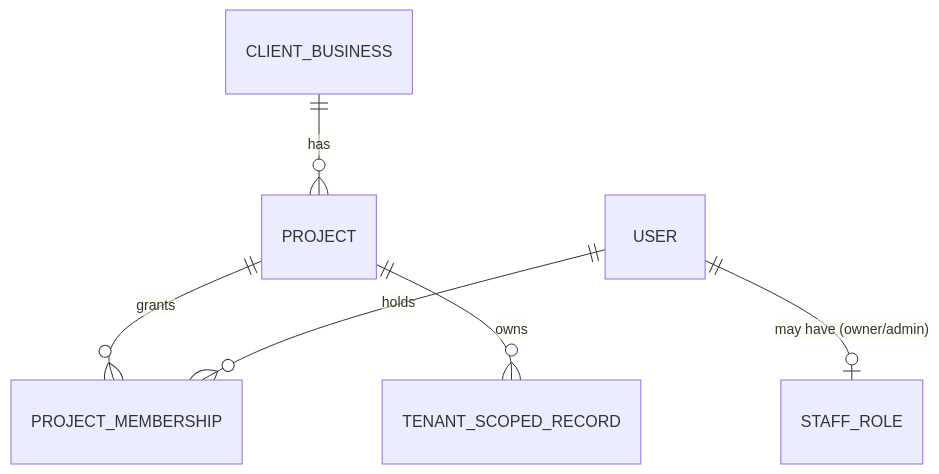
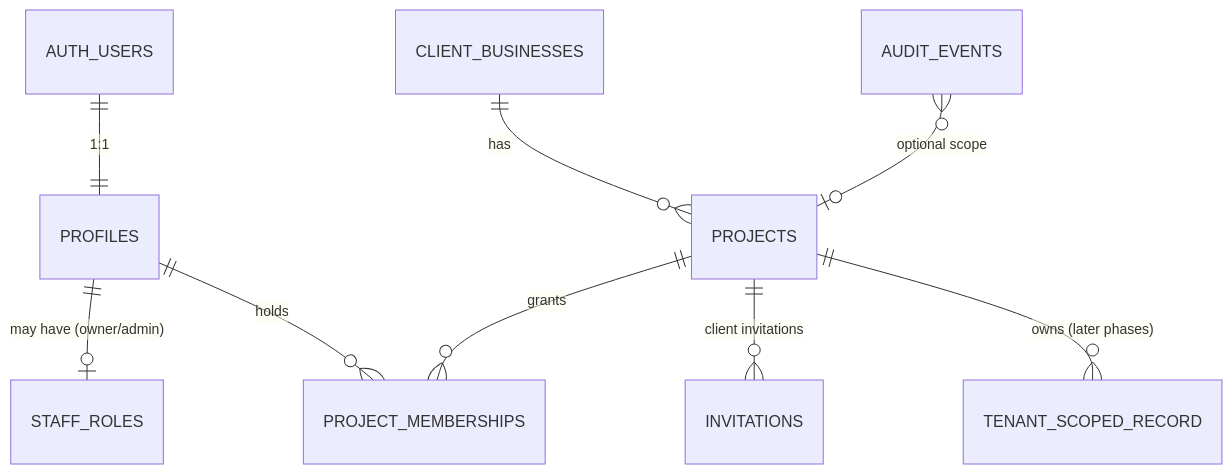
One commit to sjr425151-collab/spotlight-client-portal changed the diagram in docs/03-SECURITY-AUTH-AND-TENANCY.md. Above: the diagram before and after it, drawn with Mermaid. The commit also changed other lines of this file and 4 other files, not shown here.

````diff
--- a/docs/03-SECURITY-AUTH-AND-TENANCY.md
+++ b/docs/03-SECURITY-AUTH-AND-TENANCY.md
@@ -138,8 +222,11 @@
 ```mermaid
 erDiagram
-  CLIENT_BUSINESS ||--o{ PROJECT : has
-  PROJECT ||--o{ PROJECT_MEMBERSHIP : grants
-  USER ||--o{ PROJECT_MEMBERSHIP : holds
-  USER ||--o| STAFF_ROLE : "may have (owner/admin)"
-  PROJECT ||--o{ TENANT_SCOPED_RECORD : owns
+  AUTH_USERS ||--|| PROFILES : "1:1"
+  PROFILES ||--o| STAFF_ROLES : "may have (owner/admin)"
+  CLIENT_BUSINESSES ||--o{ PROJECTS : has
+  PROJECTS ||--o{ PROJECT_MEMBERSHIPS : grants
+  PROFILES ||--o{ PROJECT_MEMBERSHIPS : holds
+  PROJECTS ||--o{ INVITATIONS : "client invitations"
+  PROJECTS ||--o{ TENANT_SCOPED_RECORD : "owns (later phases)"
+  AUDIT_EVENTS }o--o| PROJECTS : "optional scope"
 ```
````
